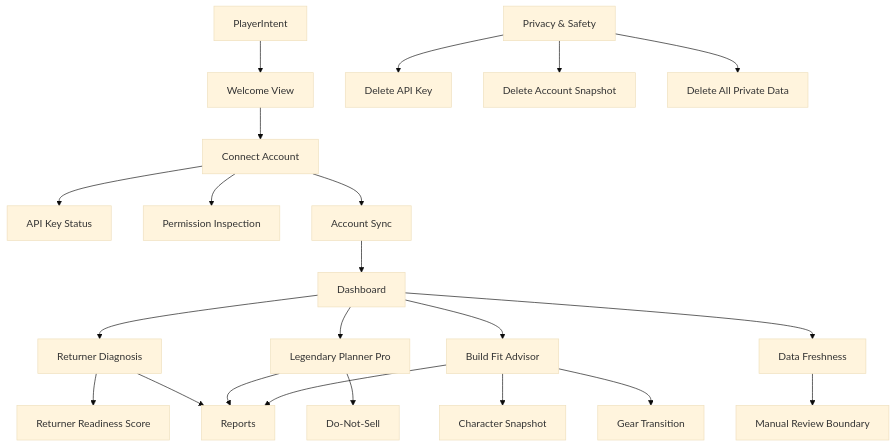
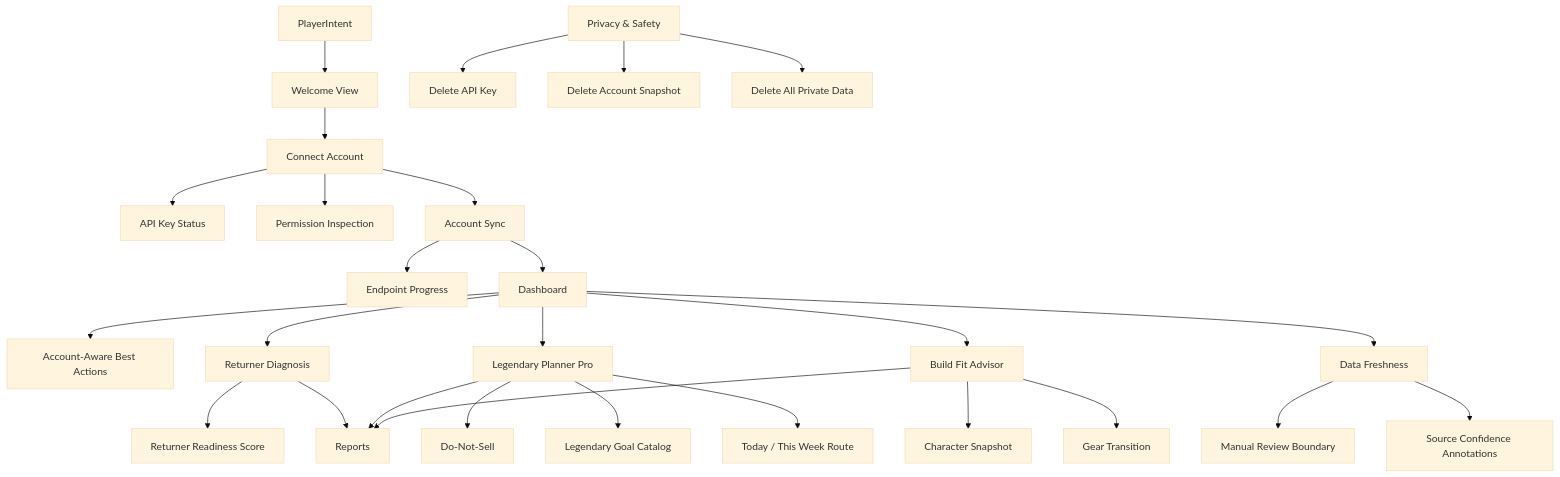
One commit to johnslee1207-commits/gw2radar changed the diagram in docs/ui/PLAYER_UI_SEMANTIC_GRAPH_AUDIT.md. Above: the diagram before and after it, drawn with Mermaid (base theme). The commit also changed other lines of this file and 23 other files, not shown here.

Commit message:
Complete player UI guide partial flows

````diff
--- a/docs/ui/PLAYER_UI_SEMANTIC_GRAPH_AUDIT.md
+++ b/docs/ui/PLAYER_UI_SEMANTIC_GRAPH_AUDIT.md
@@ -9,24 +9,29 @@
 ```mermaid
 graph TD
   PlayerIntent["PlayerIntent"] --> Welcome["Welcome View"]
   Welcome --> Connect["Connect Account"]
   Connect --> AccountKey["API Key Status"]
   Connect --> PermissionInspection["Permission Inspection"]
   Connect --> AccountSync["Account Sync"]
+  AccountSync --> EndpointProgress["Endpoint Progress"]
   AccountSync --> Dashboard["Dashboard"]
+  Dashboard --> BestActions["Account-Aware Best Actions"]
   Dashboard --> Returner["Returner Diagnosis"]
   Returner --> ReturnerReadiness["Returner Readiness Score"]
   Dashboard --> Legendary["Legendary Planner Pro"]
   Dashboard --> BuildFit["Build Fit Advisor"]
   BuildFit --> CharacterSnapshot["Character Snapshot"]
   Dashboard --> Freshness["Data Freshness"]
   Returner --> ReportCenter["Reports"]
   Legendary --> ReportCenter
   BuildFit --> ReportCenter
   Legendary --> DoNotSell["Do-Not-Sell"]
+  Legendary --> LegendaryGoalCatalog["Legendary Goal Catalog"]
+  Legendary --> LegendaryWeeklyRoute["Today / This Week Route"]
   BuildFit --> GearTransition["Gear Transition"]
   Freshness --> SafetyBoundary["Manual Review Boundary"]
+  Freshness --> SourceConfidence["Source Confidence Annotations"]
   Privacy["Privacy & Safety"] --> DeleteKey["Delete API Key"]
   Privacy --> DeleteSnapshot["Delete Account Snapshot"]
   Privacy --> DeleteAllPrivate["Delete All Private Data"]
 ```
````
